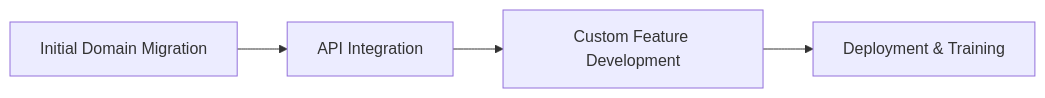
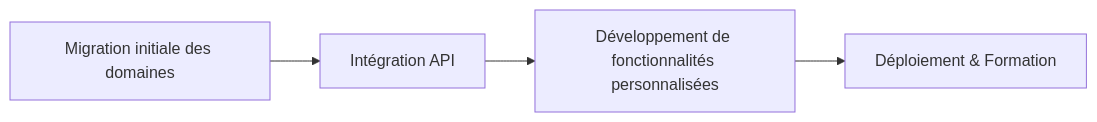
Before and after one commit to forwardemail/forwardemail.net: the second of 2 diagrams in app/views/docs/linux-foundation-email-enterprise-case-study/index-fr.md, drawn with Mermaid. The commit also changed other lines of this file and 1055 other files, not shown here.

````diff
--- a/app/views/docs/linux-foundation-email-enterprise-case-study/index-fr.md
+++ b/app/views/docs/linux-foundation-email-enterprise-case-study/index-fr.md
@@ -82,6 +86,6 @@
 ```mermaid
 flowchart LR
-    A[Initial Domain Migration] --> B[API Integration]
-    B --> C[Custom Feature Development]
-    C --> D[Deployment & Training]
+    A[Migration initiale des domaines] --> B[Intégration API]
+    B --> C[Développement de fonctionnalités personnalisées]
+    C --> D[Déploiement & Formation]
 ```
````
